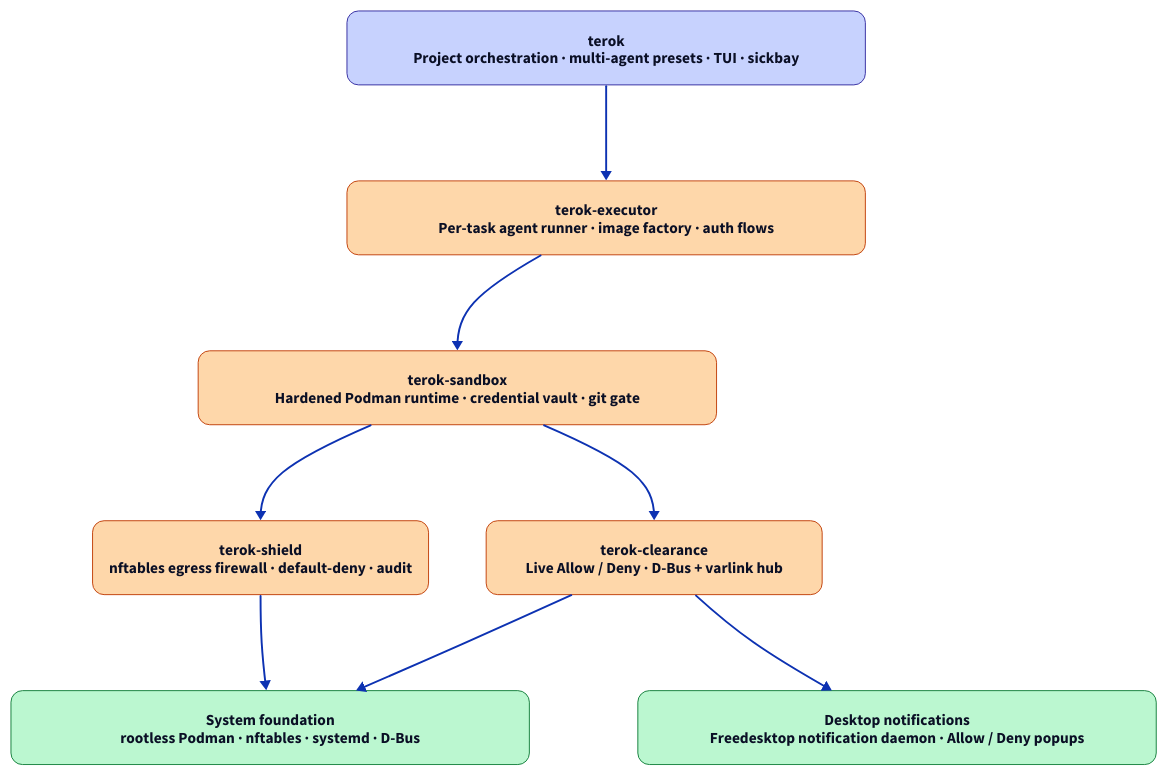
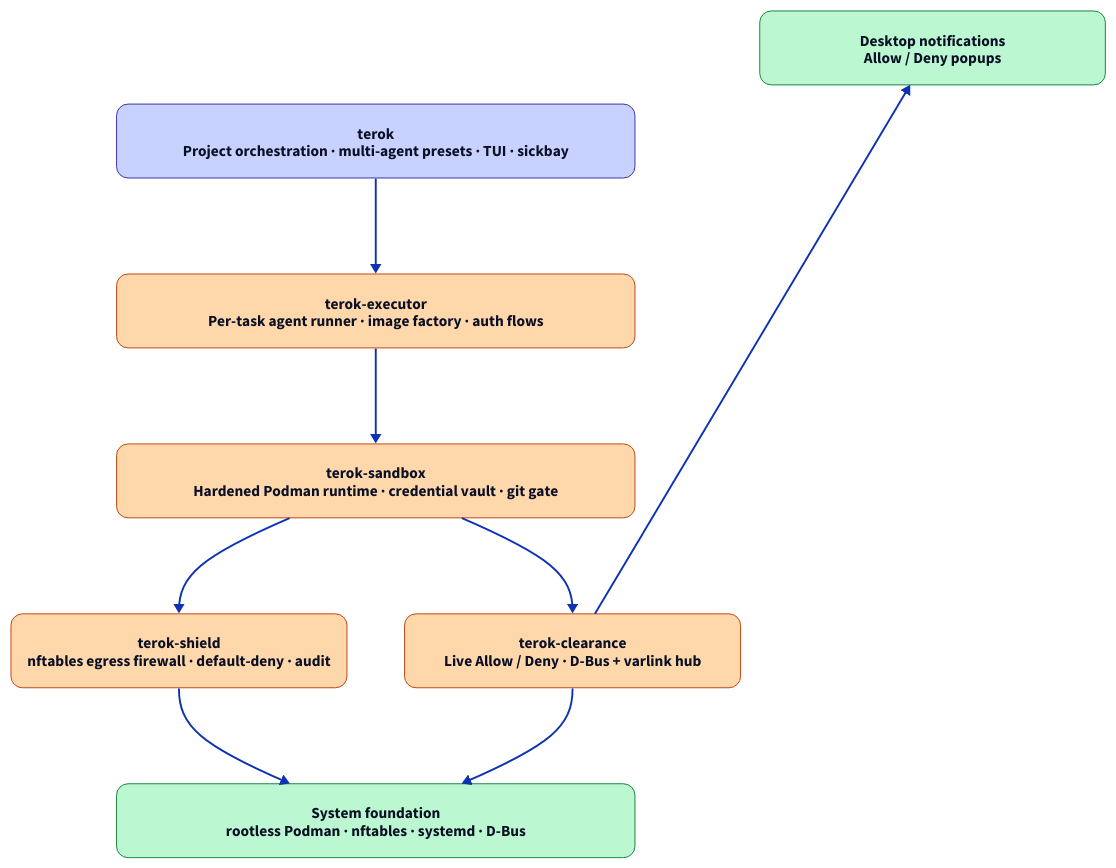
One commit to terok-ai/terok-clearance changed the diagram in docs/img/architecture.d2. Above: the diagram before and after it, drawn with D2. The commit also changed 1 other file, not shown here.

Commit message:
docs: tighten diagram spacing, neutral-grey arrows, narrow notifications
Polish round on the architecture diagram:

- Drop ELK's `nodeNodeBetweenLayers` from 20 to 12 so the inter-box
  arrows are visibly short instead of stretching half the diagram
  height.  ELK still reserves extra room around the long upward
  `clearance → notifications` arrow, so the gap above the boundary
  row stays generous on purpose.
- Restore some breathing room inside boxes by lowering the
  postprocess vertical-trim from 24 px to 18 px.
- Nudge each connection's start / end coords by half the trim so the
  arrow tip touches the new shrunk rect edge instead of dangling
  9 px short of it.
- Inject `.connection.stroke-B1` and `.fill-B1` overrides (with
  `!important` to beat D2's per-document scope) so every arrow draws
  in neutral grey (#6b7280 light, #9ca3af dark) — the package boxes
  carry the colour, the arrows just connect them.
- Trim the desktop-notifications subtitle to the user-facing payoff
  ("Allow / Deny popups"); the freedesktop daemon detail belongs in
  the prose, not on the headline diagram.

```diff
--- a/docs/img/architecture.d2
+++ b/docs/img/architecture.d2
@@ -1,110 +1,102 @@
 # Render with:
-#   d2 --layout=elk --elk-nodeNodeBetweenLayers=20 \
+#   d2 --layout=elk --elk-nodeNodeBetweenLayers=8 \
 #      --elk-padding='[top=4,left=4,bottom=4,right=4]' \
 #      --theme=0 --dark-theme=200 --pad=8 \
 #      architecture.d2 architecture.svg
 # Then run postprocess.py to (a) drop the page-background white
 # rect (the matching rect inside <mask> must stay or the connection
 # arrows disappear), (b) un-bold every tspan after the first one
 # in each shape label so only the package name stays bold, (c) tighten
 # the vertical padding inside every coloured rect, and (d) inject a
 # `prefers-color-scheme: dark` block flipping the explicit layer
 # fills + strokes to readable shades on a dark page background.
 
 vars: {
   d2-config: {
     pad: 8
   }
 }
 
 # Transparent root so the SVG inherits the host page's
 # light/dark background; theme-aware fills handle the rest.
 style.fill: transparent
 
 direction: down
 
 # Three colour groups read at a glance:
 #   * orchestration (navy blue) — the surface the operator drives
 #   * agent runtime stack (deep orange) — everything that runs and
 #                                          bounds an agent task
 #   * operator + system surface (dark green) — the user-visible side
 #                                              channel and the OS
 #                                              foundation we sit on
 classes: {
   orchestration: {
     style: {
       fill: "#c7d2fe"
       stroke: "#3730a3"
       stroke-width: 1
       border-radius: 12
     }
   }
   runtime: {
     style: {
       fill: "#fed7aa"
       stroke: "#c2410c"
       stroke-width: 1
       border-radius: 12
     }
   }
   system: {
     style: {
       fill: "#bbf7d0"
       stroke: "#15803d"
       stroke-width: 1
       border-radius: 12
     }
   }
 }
 
 terok: "terok\nProject orchestration · multi-agent presets · TUI · sickbay" {
   width: 540
   class: orchestration
 }
 
-notifications: "Desktop notifications\nFreedesktop notification daemon · Allow / Deny popups" {
-  width: 540
+notifications: "Desktop notifications\nAllow / Deny popups" {
+  width: 360
   class: system
+  near: top-right
 }
 
 executor: "terok-executor\nPer-task agent runner · image factory · auth flows" {
   width: 540
   class: runtime
 }
 
 sandbox: "terok-sandbox\nHardened Podman runtime · credential vault · git gate" {
   width: 540
   class: runtime
 }
 
 shield: "terok-shield\nnftables egress firewall · default-deny · audit" {
   width: 350
   class: runtime
 }
 
 clearance: "terok-clearance\nLive Allow / Deny · D-Bus + varlink hub" {
   width: 350
   class: runtime
 }
 
 system: "System foundation\nrootless Podman · nftables · systemd · D-Bus" {
   width: 540
   class: system
 }
 
-# Layout-only invisible edge keeps notifications at the same top
-# rank as terok.  The visible arrow that follows is the real
-# clearance → notifications relationship.
-notifications -> executor: "" {
-  style: {
-    opacity: 0.0
-  }
-}
-
 terok -> executor
 executor -> sandbox
 sandbox -> shield
 sandbox -> clearance
 shield -> system
 clearance -> system
 clearance -> notifications
```
